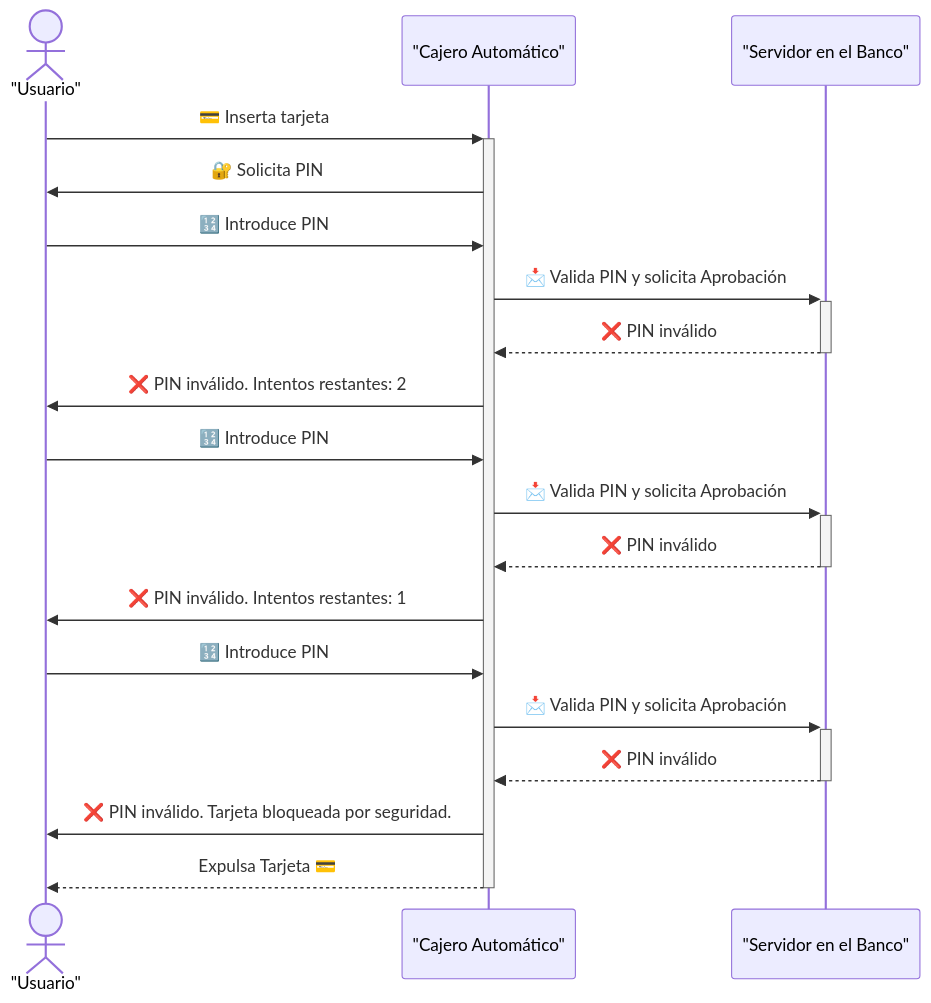
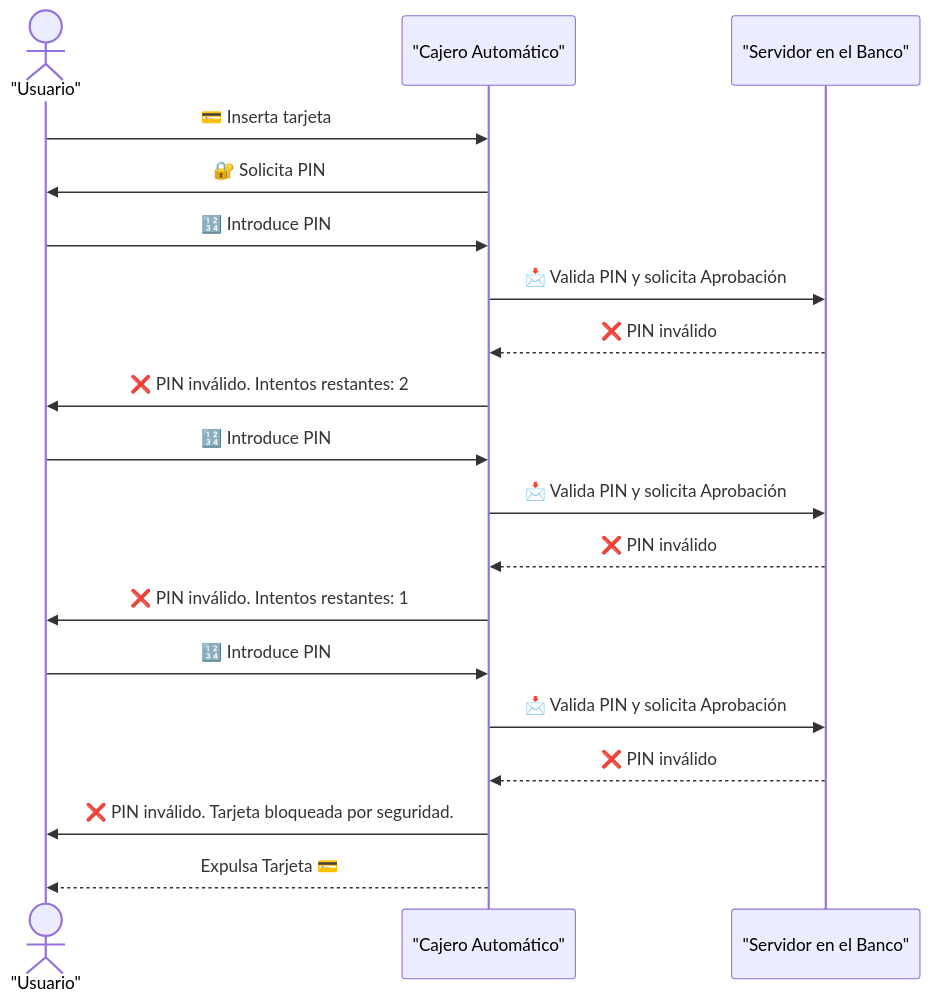
One commit to IvanciniGT/formacionUMLDTE changed the third of 6 diagrams in notas/dia1.md. Above: the diagram before and after it, drawn with Mermaid. The commit also changed other lines of this file and 8 other files, not shown here.

````diff
--- a/notas/dia1.md
+++ b/notas/dia1.md
@@ -214,21 +228,25 @@
 ```mermaid
 sequenceDiagram
-actor            U as "Usuario"
-participant      CA as "Cajero Automático"
-participant      S as "Servidor en el Banco"
-U  ->> +CA:      💳 Inserta tarjeta
-CA ->> U:        🔐 Solicita PIN
-U  ->> CA:       🔢 Introduce PIN
-CA ->> +S:       📩 Valida PIN y solicita Aprobación
-S  -->> -CA:     ❌ PIN inválido
-CA ->> U:        ❌ PIN inválido. Intentos restantes: 2
-U  ->> CA:       🔢 Introduce PIN
-CA ->> +S:       📩 Valida PIN y solicita Aprobación
-S  -->> -CA:     ❌ PIN inválido
-CA ->> U:        ❌ PIN inválido. Intentos restantes: 1
-U  ->> CA:       🔢 Introduce PIN
-CA ->> +S:       📩 Valida PIN y solicita Aprobación
-S  -->> -CA:     ❌ PIN inválido
-CA ->> U:        ❌ PIN inválido. Tarjeta bloqueada por seguridad.
-CA -->> -U:      Expulsa Tarjeta 💳
+
+    actor U as "Usuario"
+    participant CA as "Cajero Automático"
+    participant S as "Servidor en el Banco"
+
+    U->>CA: 💳 Inserta tarjeta
+    CA->>U: 🔐 Solicita PIN
+    U->>CA: 🔢 Introduce PIN
+    CA->>S: 📩 Valida PIN y solicita Aprobación
+    S-->>CA: ❌ PIN inválido
+    CA->>U: ❌ PIN inválido. Intentos restantes: 2
+
+    U->>CA: 🔢 Introduce PIN
+    CA->>S: 📩 Valida PIN y solicita Aprobación
+    S-->>CA: ❌ PIN inválido
+    CA->>U: ❌ PIN inválido. Intentos restantes: 1
+
+    U->>CA: 🔢 Introduce PIN
+    CA->>S: 📩 Valida PIN y solicita Aprobación
+    S-->>CA: ❌ PIN inválido
+    CA->>U: ❌ PIN inválido. Tarjeta bloqueada por seguridad.
+    CA-->>U: Expulsa Tarjeta 💳
 ```
````
